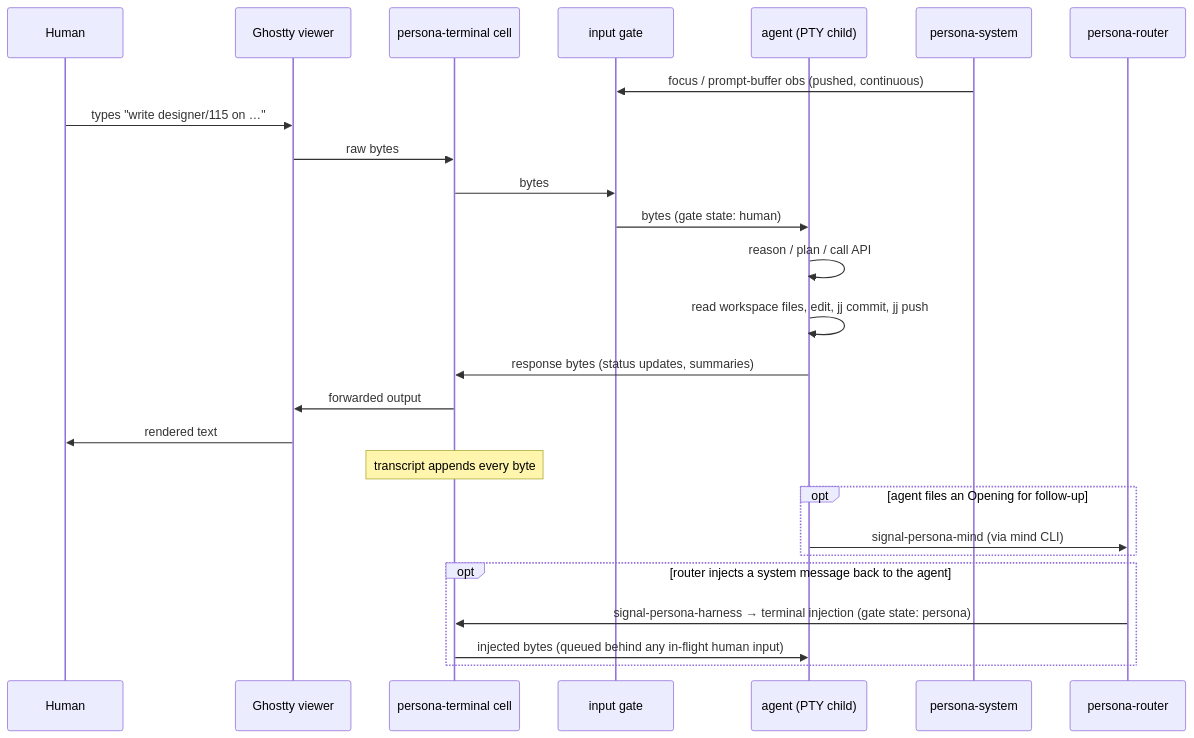
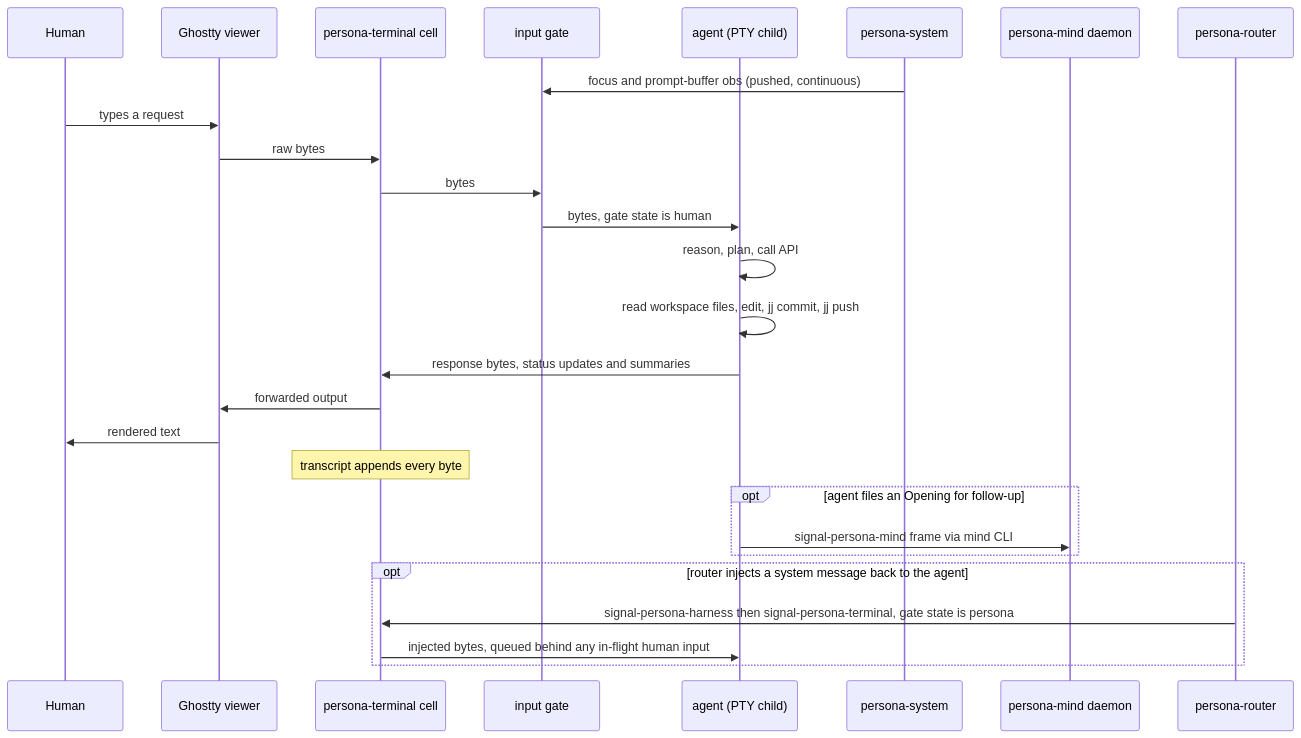
One commit to LiGoldragon/primary changed diagram 16 of 18 in reports/designer/114-persona-vision-as-of-2026-05-11.md. Above: the diagram before and after it, drawn with Mermaid. The commit also changed other lines of this file, not shown here.

````diff
--- a/reports/designer/114-persona-vision-as-of-2026-05-11.md
+++ b/reports/designer/114-persona-vision-as-of-2026-05-11.md
@@ -982,33 +1000,34 @@
 ```mermaid
 sequenceDiagram
     participant Human
     participant Viewer as Ghostty viewer
     participant Cell as persona-terminal cell
     participant Gate as input gate
     participant Agent as agent (PTY child)
     participant System as persona-system
+    participant Mind as persona-mind daemon
     participant Router as persona-router
 
-    System->>Gate: focus / prompt-buffer obs (pushed, continuous)
+    System->>Gate: focus and prompt-buffer obs (pushed, continuous)
 
-    Human->>Viewer: types "write designer/115 on …"
+    Human->>Viewer: types a request
     Viewer->>Cell: raw bytes
     Cell->>Gate: bytes
-    Gate->>Agent: bytes (gate state: human)
-    Agent->>Agent: reason / plan / call API
+    Gate->>Agent: bytes, gate state is human
+    Agent->>Agent: reason, plan, call API
     Agent->>Agent: read workspace files, edit, jj commit, jj push
-    Agent->>Cell: response bytes (status updates, summaries)
+    Agent->>Cell: response bytes, status updates and summaries
     Cell->>Viewer: forwarded output
     Viewer->>Human: rendered text
 
     Note over Cell: transcript appends every byte
 
     opt agent files an Opening for follow-up
-        Agent->>Router: signal-persona-mind (via mind CLI)
+        Agent->>Mind: signal-persona-mind frame via mind CLI
     end
 
     opt router injects a system message back to the agent
-        Router->>Cell: signal-persona-harness → terminal injection (gate state: persona)
-        Cell->>Agent: injected bytes (queued behind any in-flight human input)
+        Router->>Cell: signal-persona-harness then signal-persona-terminal, gate state is persona
+        Cell->>Agent: injected bytes, queued behind any in-flight human input
     end
 ```
````
